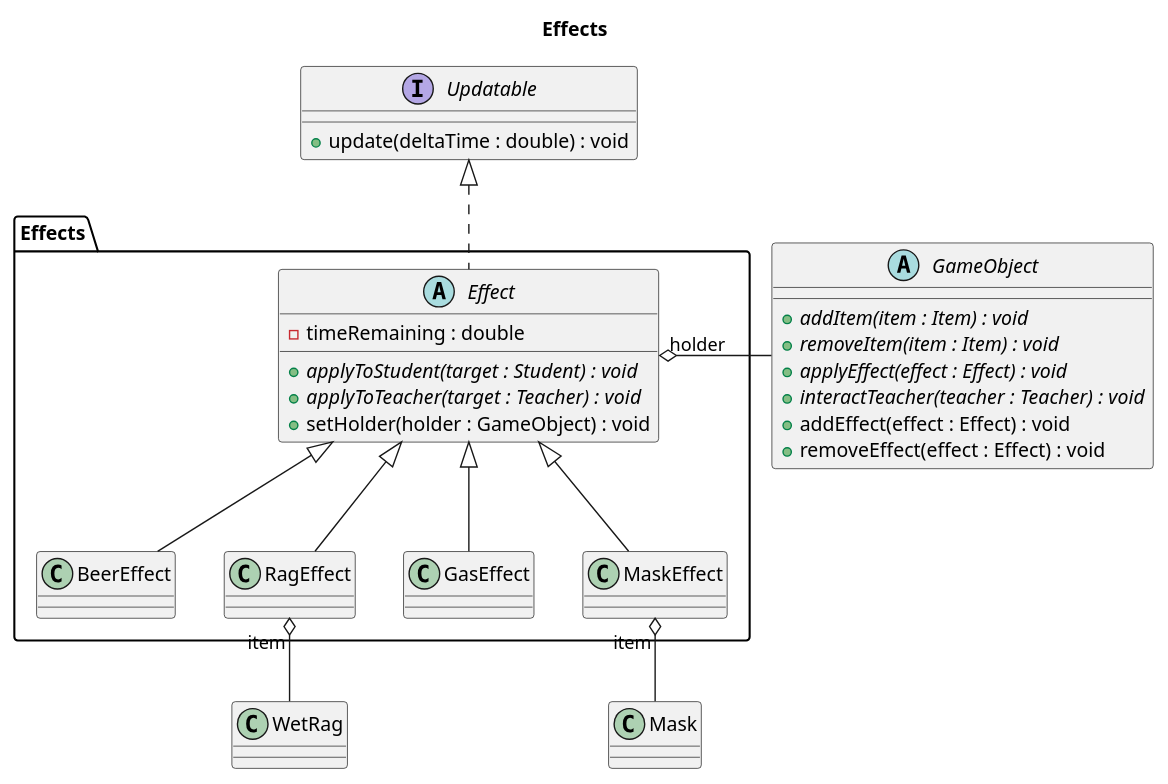
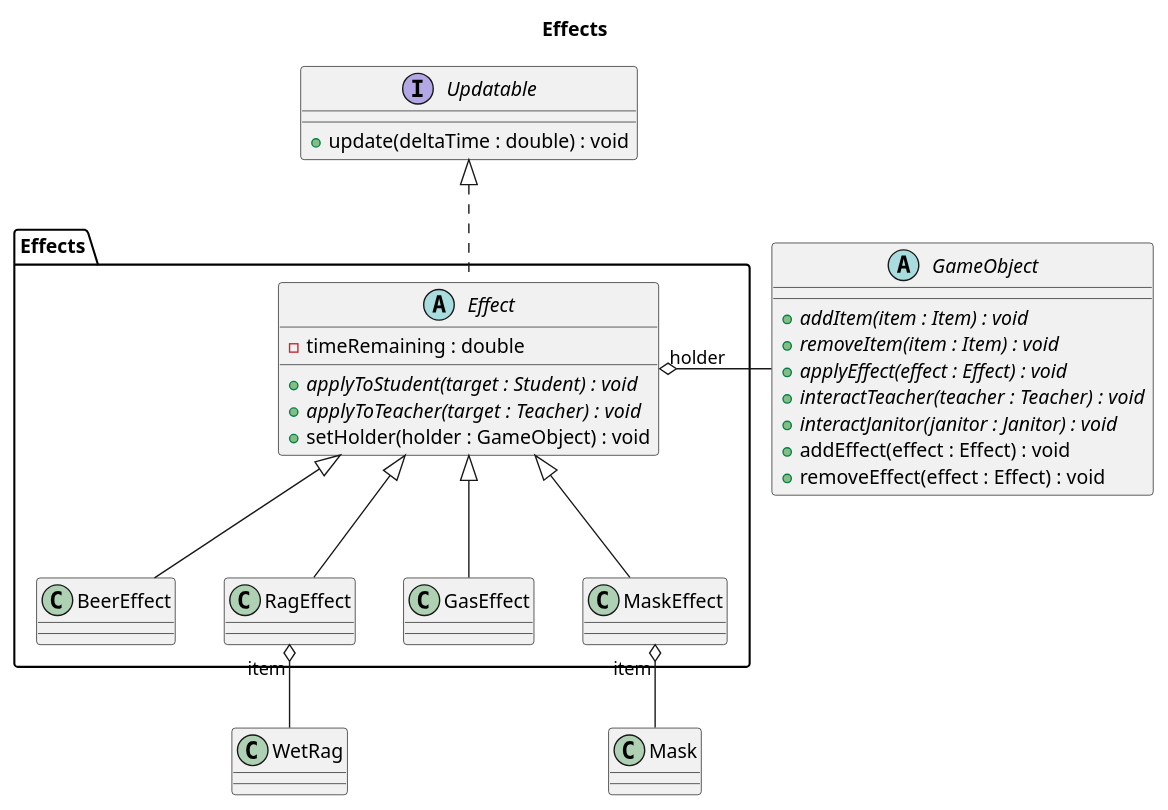
Before and after one commit to sn4k3ch4rm3r/logarlec: the diagram in docs/diagrams/class/effects.puml, drawn with PlantUML. The commit also changed 2 other files, not shown here.

Commit message:
Class diagram update

```diff
--- a/docs/diagrams/class/effects.puml
+++ b/docs/diagrams/class/effects.puml
@@ -1,50 +1,51 @@
 @startuml effects
 
 title Effects
 ' left to right direction
 
 package Effects {
 	abstract Effect {
 		- timeRemaining : double
 		+ {abstract} applyToStudent(target : Student) : void
 		+ {abstract} applyToTeacher(target : Teacher) : void
 		+ setHolder(holder : GameObject) : void
 	}
 
 	class BeerEffect
 	class RagEffect
 	class GasEffect
 	class MaskEffect
 
 	together {
 		Effect <|-- BeerEffect
 		Effect <|-- RagEffect
 		Effect <|-- GasEffect
 		Effect <|-- MaskEffect
 	}
 	
 }
 
 interface Updatable {
 	+ update(deltaTime : double) : void
 }
 
 abstract GameObject {
 	+ {abstract} addItem(item : Item) : void
 	+ {abstract} removeItem(item : Item) : void
 	+ {abstract} applyEffect(effect : Effect) : void
 	+ {abstract} interactTeacher(teacher : Teacher) : void
+	+ {abstract} interactJanitor(janitor : Janitor) : void
 	+ addEffect(effect : Effect) : void
 	+ removeEffect(effect : Effect) : void
 }
 
 class Mask
 class WetRag 
 
 Updatable <|.- Effect
 
 Effect "holder" o- GameObject
 MaskEffect "item" o-- Mask
 RagEffect "item" o-- WetRag
 
 @enduml
```
